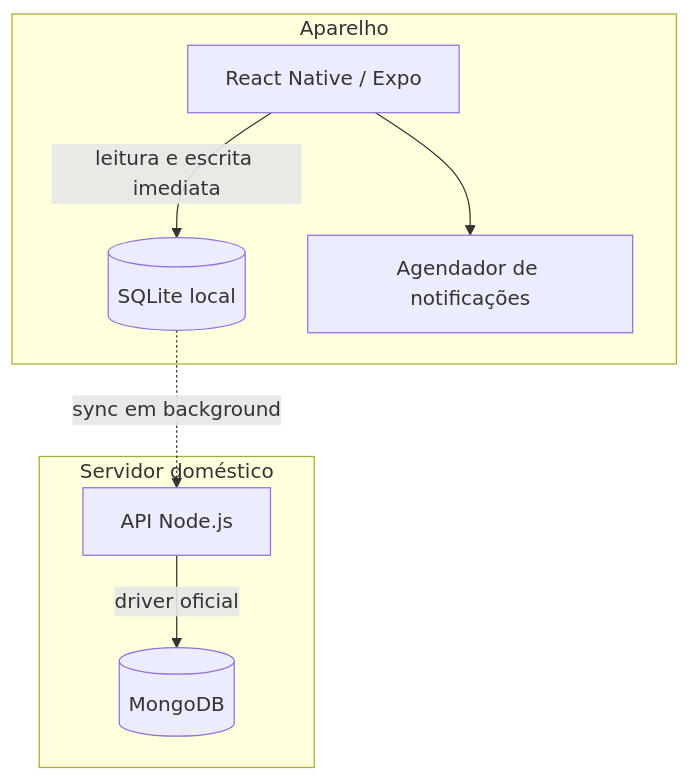
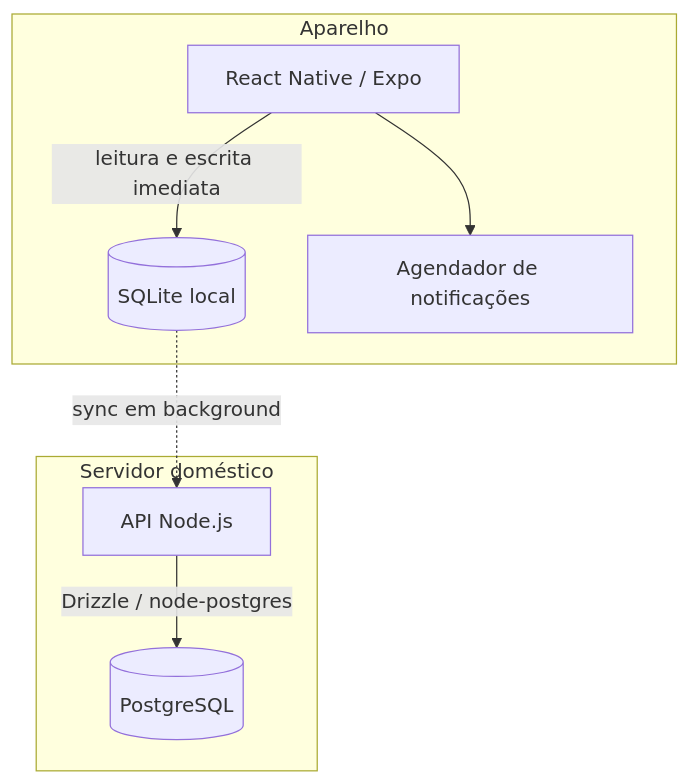
One commit to dioguit0s/compassoApp changed the third of 4 diagrams in docs/especificacao-tecnica-v1.md. Above: the diagram before and after it, drawn with Mermaid. The commit also changed other lines of this file and 3 other files, not shown here.

Commit message:
docs: registrando decisao de alterar o DB de Mongo para Postgre

````diff
--- a/docs/especificacao-tecnica-v1.md
+++ b/docs/especificacao-tecnica-v1.md
@@ -466,17 +480,17 @@
 ```mermaid
 graph TB
     subgraph Aparelho
         UI[React Native / Expo]
         Local[(SQLite local)]
         Sched[Agendador de notificações]
     end
     subgraph Servidor doméstico
         API[API Node.js]
-        Mongo[(MongoDB)]
+        Postgres[(PostgreSQL)]
     end
 
     UI -->|leitura e escrita imediata| Local
     Local -.->|sync em background| API
     UI --> Sched
-    API -->|driver oficial| Mongo
+    API -->|Drizzle / node-postgres| Postgres
 ```
````
